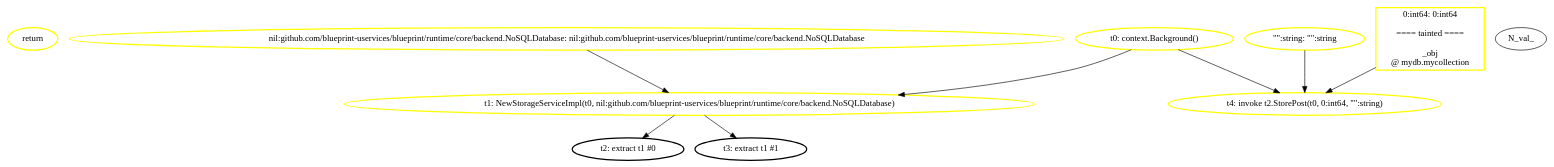
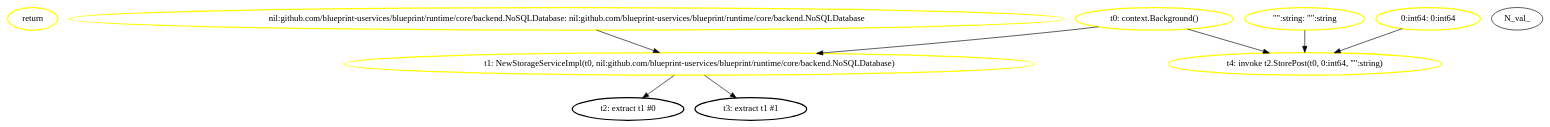
One commit to aletheia-microservices/aletheia changed the diagram in ssa_analysis/analyzer/output/blueprint/postnotification/storageservice_storepost/graphs/postnotification_simple.main.dot. Above: the diagram before and after it, drawn with Graphviz. The commit also changed 88 other files, not shown here.

Commit message:
feat(abstractgraph): initial implementation of abstract call graph

```diff
--- a/ssa_analysis/analyzer/output/blueprint/postnotification/storageservice_storepost/graphs/postnotification_simple.main.dot
+++ b/ssa_analysis/analyzer/output/blueprint/postnotification/storageservice_storepost/graphs/postnotification_simple.main.dot
@@ -1,25 +1,19 @@
 digraph G {
 	rankdir=TD;
-	N_instr_ret_1020876330 [label="return", style=bold, shape=ellipse, color="yellow"];
-	N_nil_1561202174 [label="nil:github.com/blueprint-uservices/blueprint/runtime/core/backend.NoSQLDatabase: nil:github.com/blueprint-uservices/blueprint/runtime/core/backend.NoSQLDatabase", style=bold, shape=ellipse, color="yellow"];
+	N_instr_ret_1118906794 [label="return", style=bold, shape=ellipse, color="yellow"];
+	N_nil_934532630 [label="nil:github.com/blueprint-uservices/blueprint/runtime/core/backend.NoSQLDatabase: nil:github.com/blueprint-uservices/blueprint/runtime/core/backend.NoSQLDatabase", style=bold, shape=ellipse, color="yellow"];
 	N_val_"":string [label="\"\":string: \"\":string", style=bold, shape=ellipse, color="yellow"];
-	N_val_0:int64 [label="0:int64: 0:int64
-
-==== tainted ====
-
-_obj
-@ mydb.mycollection
-", style=bold, shape=box, color="yellow"];
-	N_val_call_2742377 [label="t0: context.Background()", style=bold, shape=ellipse, color="yellow"];
-	N_val_call_2742460 [label="t1: NewStorageServiceImpl(t0, nil:github.com/blueprint-uservices/blueprint/runtime/core/backend.NoSQLDatabase)", style=bold, shape=ellipse, color="yellow"];
-	N_val_call_2742535 [label="t4: invoke t2.StorePost(t0, 0:int64, \"\":string)", style=bold, shape=ellipse, color="yellow"];
+	N_val_0:int64 [label="0:int64: 0:int64", style=bold, shape=ellipse, color="yellow"];
+	N_val_call_2740102 [label="t0: context.Background()", style=bold, shape=ellipse, color="yellow"];
+	N_val_call_2740185 [label="t1: NewStorageServiceImpl(t0, nil:github.com/blueprint-uservices/blueprint/runtime/core/backend.NoSQLDatabase)", style=bold, shape=ellipse, color="yellow"];
+	N_val_call_2740260 [label="t4: invoke t2.StorePost(t0, 0:int64, \"\":string)", style=bold, shape=ellipse, color="yellow"];
 	N_val_extrt2 [label="t2: extract t1 #0", style=bold, shape=ellipse, color="black"];
 	N_val_extrt3 [label="t3: extract t1 #1", style=bold, shape=ellipse, color="black"];
-	N_val_call_2742377 -> N_val_call_2742460;
-	N_nil_1561202174 -> N_val_call_2742460;
-	N_val_call_2742460 -> N_val_extrt2;
-	N_val_call_2742460 -> N_val_extrt3;
-	N_val_call_2742377 -> N_val_call_2742535;
-	N_val_0:int64 -> N_val_call_2742535;
-	N_val_"":string -> N_val_call_2742535;
+	N_val_call_2740102 -> N_val_call_2740185;
+	N_nil_934532630 -> N_val_call_2740185;
+	N_val_call_2740185 -> N_val_extrt2;
+	N_val_call_2740185 -> N_val_extrt3;
+	N_val_call_2740102 -> N_val_call_2740260;
+	N_val_0:int64 -> N_val_call_2740260;
+	N_val_"":string -> N_val_call_2740260;
 }
```
